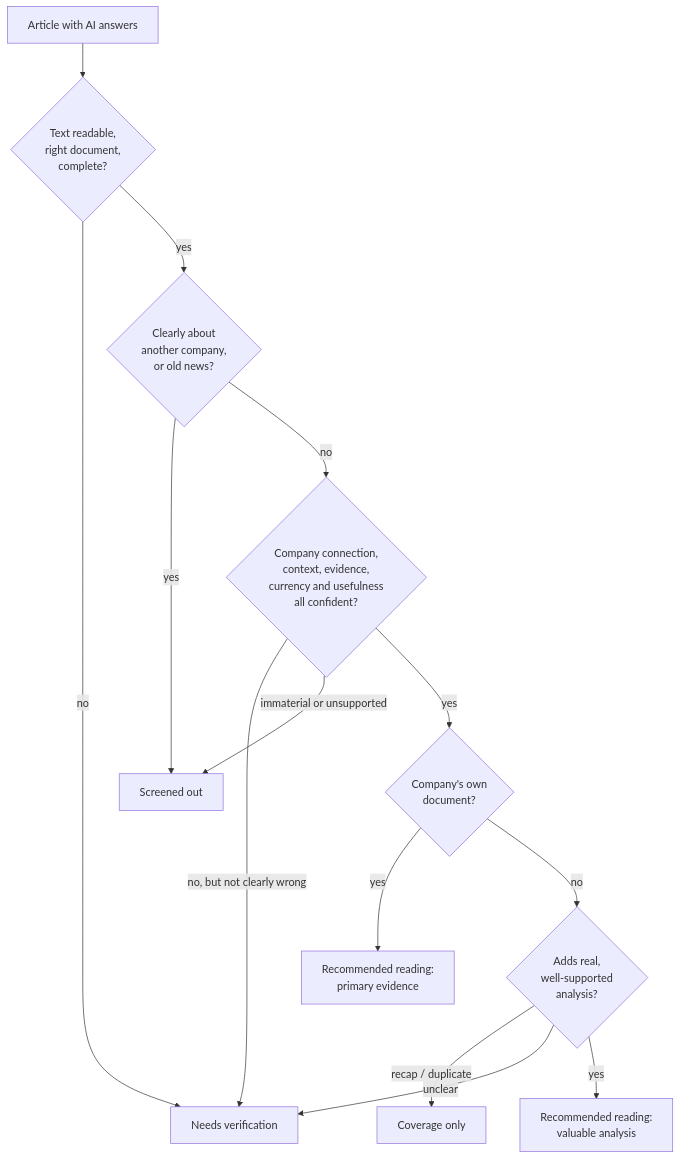
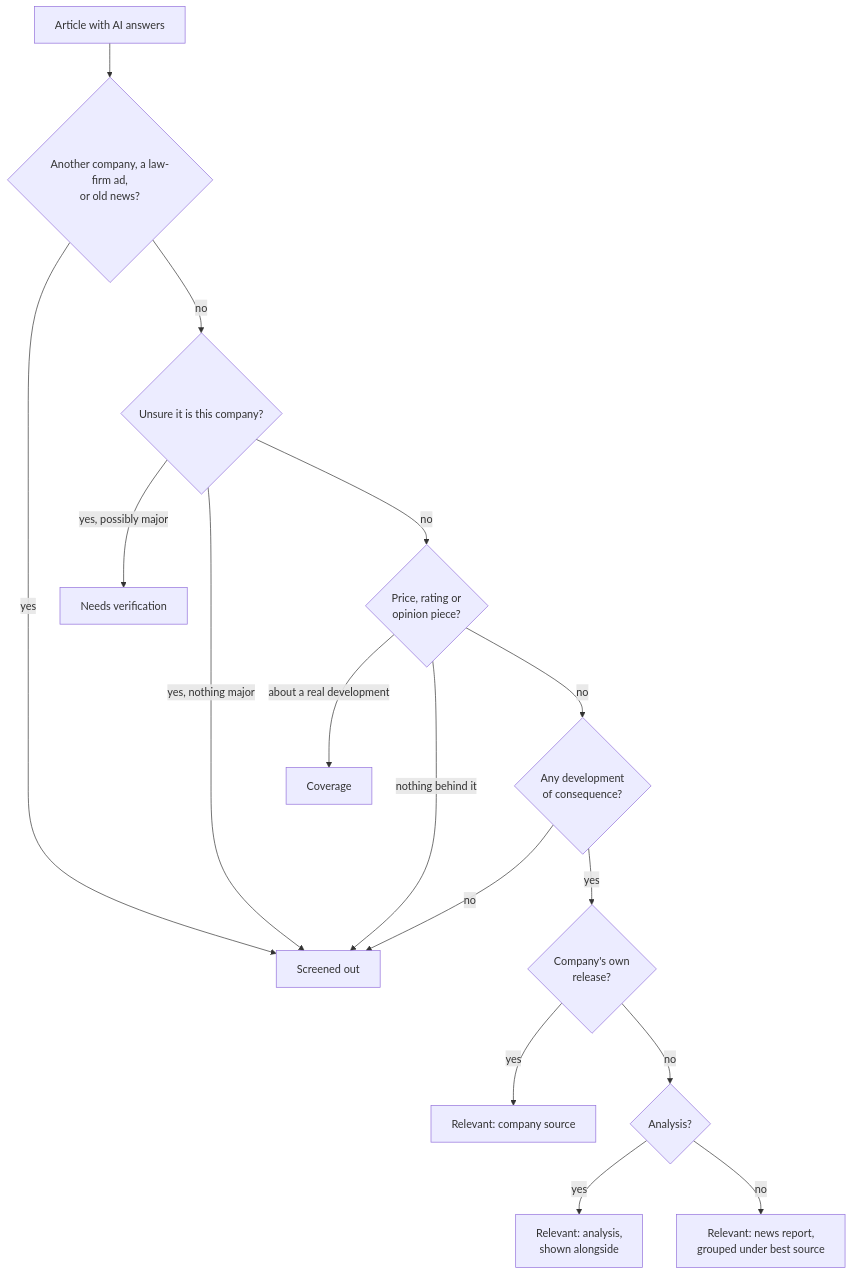
One commit to NithinMantena/stock-monitoring changed the fourth of 4 diagrams in docs/HOW-IT-WORKS.md. Above: the diagram before and after it, drawn with Mermaid. The commit also changed other lines of this file and 29 other files, not shown here.

````diff
--- a/docs/HOW-IT-WORKS.md
+++ b/docs/HOW-IT-WORKS.md
@@ -286,16 +290,18 @@
 ```mermaid
 flowchart TD
-    S[Article with AI answers] --> T1{Text readable,<br/>right document,<br/>complete?}
-    T1 -- no --> NV[Needs verification]
-    T1 -- yes --> T2{Clearly about<br/>another company,<br/>or old news?}
-    T2 -- yes --> R[Screened out]
-    T2 -- no --> T3{Company connection,<br/>context, evidence,<br/>currency and usefulness<br/>all confident?}
-    T3 -- no, but not clearly wrong --> NV
-    T3 -- immaterial or unsupported --> R
-    T3 -- yes --> T4{Company's own<br/>document?}
-    T4 -- yes --> P[Recommended reading:<br/>primary evidence]
-    T4 -- no --> T5{Adds real,<br/>well-supported<br/>analysis?}
-    T5 -- recap / duplicate --> C[Coverage only]
-    T5 -- unclear --> NV
-    T5 -- yes --> A[Recommended reading:<br/>valuable analysis]
+    S[Article with AI answers] --> A{Another company, a law-firm ad,<br/>or old news?}
+    A -- yes --> X[Screened out]
+    A -- no --> B{Unsure it is this company?}
+    B -- yes, possibly major --> V[Needs verification]
+    B -- yes, nothing major --> X
+    B -- no --> C{Price, rating or<br/>opinion piece?}
+    C -- about a real development --> CO[Coverage]
+    C -- nothing behind it --> X
+    C -- no --> D{Any development<br/>of consequence?}
+    D -- no --> X
+    D -- yes --> E{Company's own<br/>release?}
+    E -- yes --> P[Relevant: company source]
+    E -- no --> F{Analysis?}
+    F -- yes --> AN[Relevant: analysis,<br/>shown alongside]
+    F -- no --> N[Relevant: news report,<br/>grouped under best source]
 ```
````
